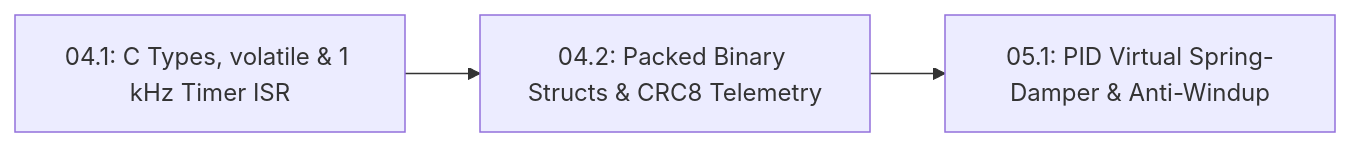
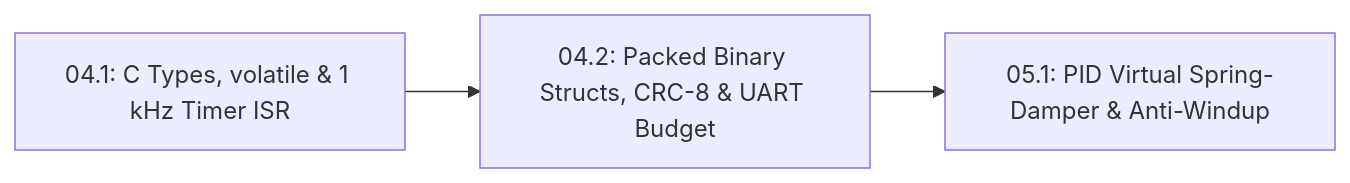
One commit to TLE47/Mechatronics-Roadmap changed the diagram in 04-embedded-and-realtime/04.2-packed-structs-and-crc8-telemetry.md. Above: the diagram before and after it, drawn with Mermaid. The commit also changed other lines of this file and 8 other files, not shown here.

First line of the commit message:
feat: update telemetry to CRC-8 and refine lesson titles

````diff
--- a/04-embedded-and-realtime/04.2-packed-structs-and-crc8-telemetry.md
+++ b/04-embedded-and-realtime/04.2-packed-structs-and-crc8-telemetry.md
@@ -29,5 +29,5 @@
 ```mermaid
 flowchart LR
-    L041["04.1: C Types, volatile & 1 kHz Timer ISR"] --> L042["04.2: Packed Binary Structs & CRC8 Telemetry"]
+    L041["04.1: C Types, volatile & 1 kHz Timer ISR"] --> L042["04.2: Packed Binary Structs, CRC-8 & UART Budget"]
     L042 --> L051["05.1: PID Virtual Spring-Damper & Anti-Windup"]
 ```
````
